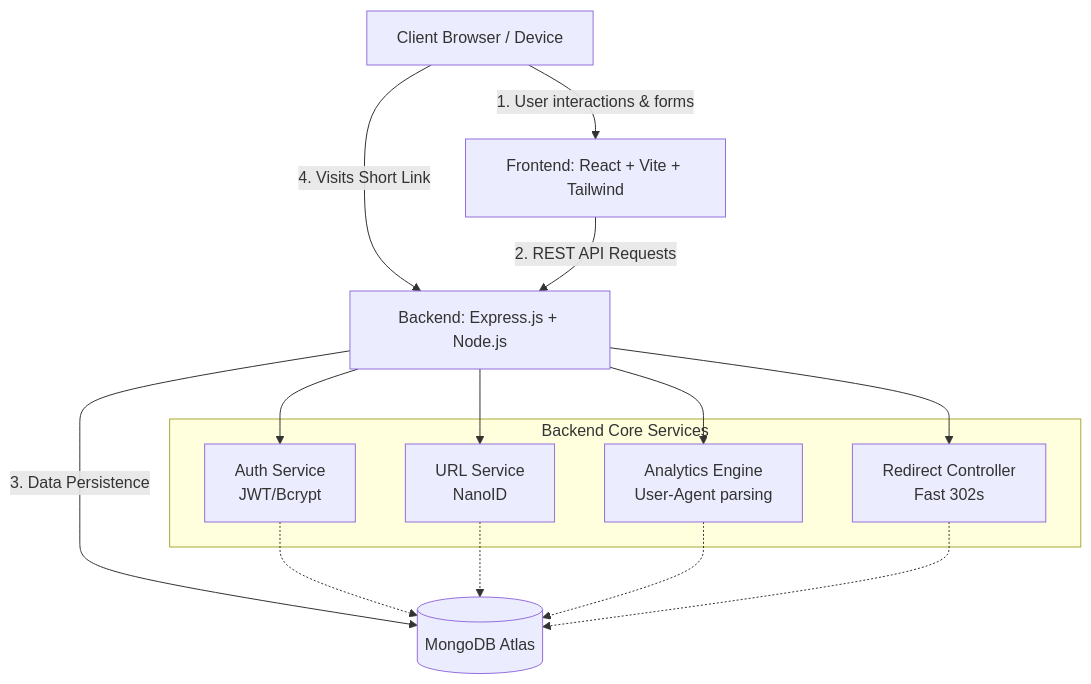
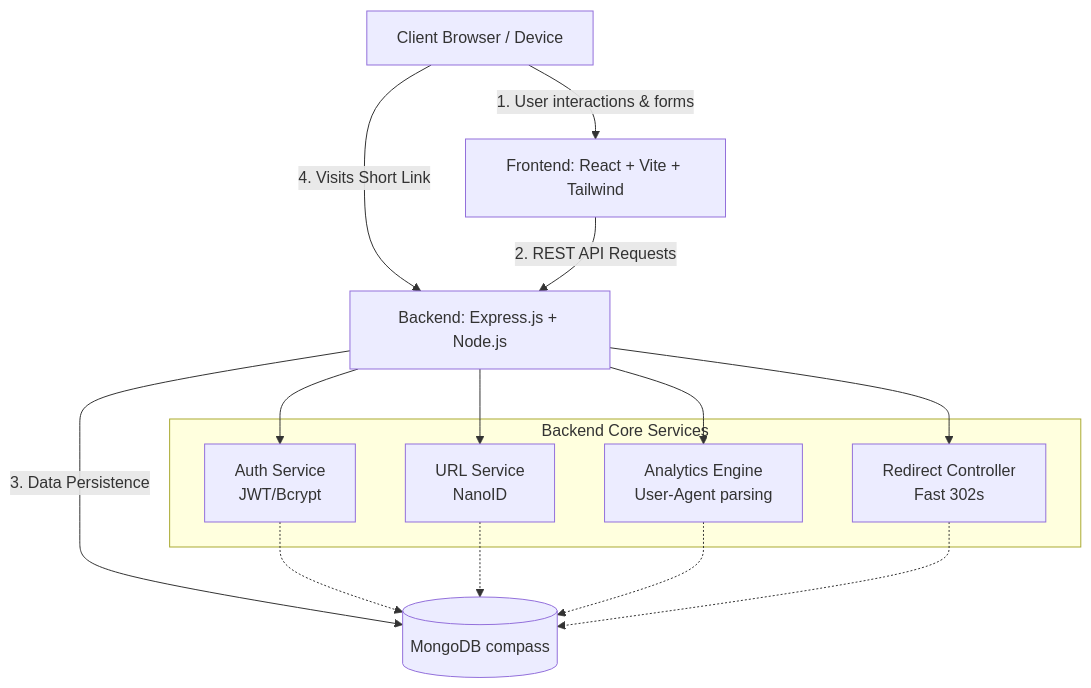
Before and after one commit to Abinandhana16/linklytics-url-shortener: the diagram in README.md, drawn with Mermaid. The commit also changed other lines of this file and 2 other files, not shown here.

````diff
--- a/README.md
+++ b/README.md
@@ -18,29 +18,29 @@
 ```mermaid
 graph TD
     Client[Client Browser / Device]
     Frontend[Frontend: React + Vite + Tailwind]
     Backend[Backend: Express.js + Node.js]
-    DB[(MongoDB Atlas)]
+    DB[(MongoDB compass)]
 
     Client -->|1. User interactions & forms| Frontend
     Client -->|4. Visits Short Link| Backend
     Frontend -->|2. REST API Requests| Backend
     Backend -->|3. Data Persistence| DB
     
     subgraph Backend Core Services
         AuthService[Auth Service<br/>JWT/Bcrypt]
         UrlService[URL Service<br/>NanoID]
         AnalyticsEngine[Analytics Engine<br/>User-Agent parsing]
         RedirectController[Redirect Controller<br/>Fast 302s]
     end
 
     Backend --> AuthService
     Backend --> UrlService
     Backend --> AnalyticsEngine
     Backend --> RedirectController
     
     AuthService -.-> DB
     UrlService -.-> DB
     AnalyticsEngine -.-> DB
     RedirectController -.-> DB
 ```
````
